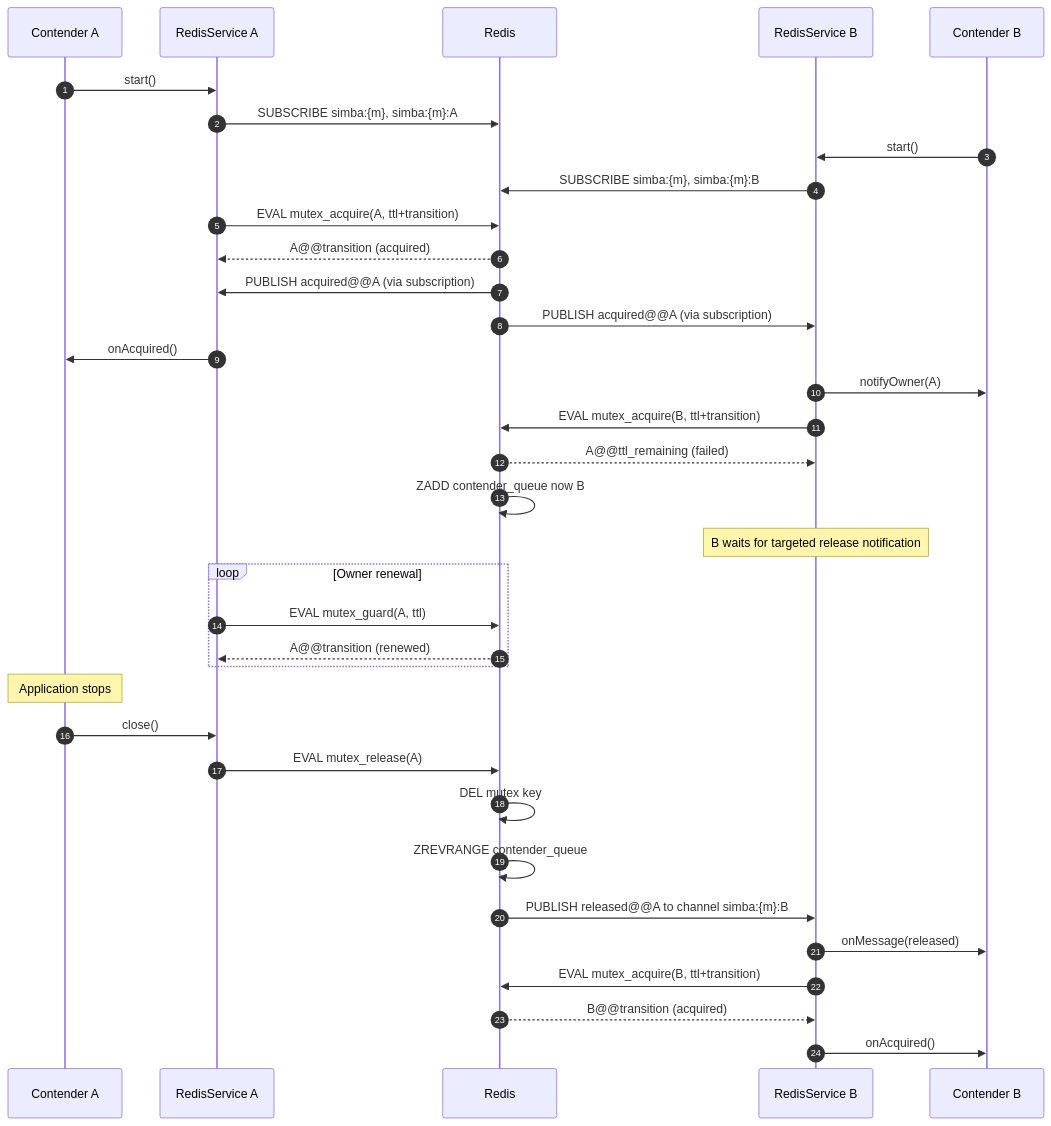
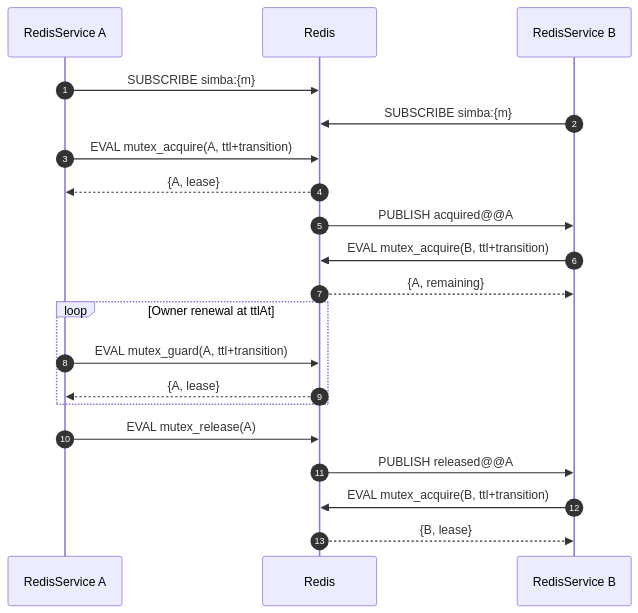
Before and after one commit to Ahoo-Wang/Simba: the third of 7 diagrams in wiki/architecture/backends.md, drawn with Mermaid. The commit also changed other lines of this file and 45 other files, not shown here.

````diff
--- a/wiki/architecture/backends.md
+++ b/wiki/architecture/backends.md
@@ -262,43 +231,23 @@
 ```mermaid
 sequenceDiagram
 autonumber
-    participant CA as Contender A
     participant SA as RedisService A
     participant REDIS as Redis
     participant SB as RedisService B
-    participant CB as Contender B
 
-    CA->>SA: start()
-    SA->>REDIS: SUBSCRIBE simba:{m}, simba:{m}:A
-
-    CB->>SB: start()
-    SB->>REDIS: SUBSCRIBE simba:{m}, simba:{m}:B
-
+    SA->>REDIS: SUBSCRIBE simba:{m}
+    SB->>REDIS: SUBSCRIBE simba:{m}
     SA->>REDIS: EVAL mutex_acquire(A, ttl+transition)
-    REDIS-->>SA: A@@transition (acquired)
-    REDIS->>SA: PUBLISH acquired@@A (via subscription)
-    REDIS->>SB: PUBLISH acquired@@A (via subscription)
-    SA->>CA: onAcquired()
-    SB->>CB: notifyOwner(A)
-
+    REDIS-->>SA: {A, lease}
+    REDIS->>SB: PUBLISH acquired@@A
     SB->>REDIS: EVAL mutex_acquire(B, ttl+transition)
-    REDIS-->>SB: A@@ttl_remaining (failed)
-    REDIS->>REDIS: ZADD contender_queue now B
-    Note over SB: B waits for targeted release notification
-
-    loop Owner renewal
-        SA->>REDIS: EVAL mutex_guard(A, ttl)
-        REDIS-->>SA: A@@transition (renewed)
+    REDIS-->>SB: {A, remaining}
+    loop Owner renewal at ttlAt
+        SA->>REDIS: EVAL mutex_guard(A, ttl+transition)
+        REDIS-->>SA: {A, lease}
     end
-
-    Note over CA: Application stops
-    CA->>SA: close()
     SA->>REDIS: EVAL mutex_release(A)
-    REDIS->>REDIS: DEL mutex key
-    REDIS->>REDIS: ZREVRANGE contender_queue
-    REDIS->>SB: PUBLISH released@@A to channel simba:{m}:B
-    SB->>CB: onMessage(released)
+    REDIS->>SB: PUBLISH released@@A
     SB->>REDIS: EVAL mutex_acquire(B, ttl+transition)
-    REDIS-->>SB: B@@transition (acquired)
-    SB->>CB: onAcquired()
+    REDIS-->>SB: {B, lease}
 ```
````
